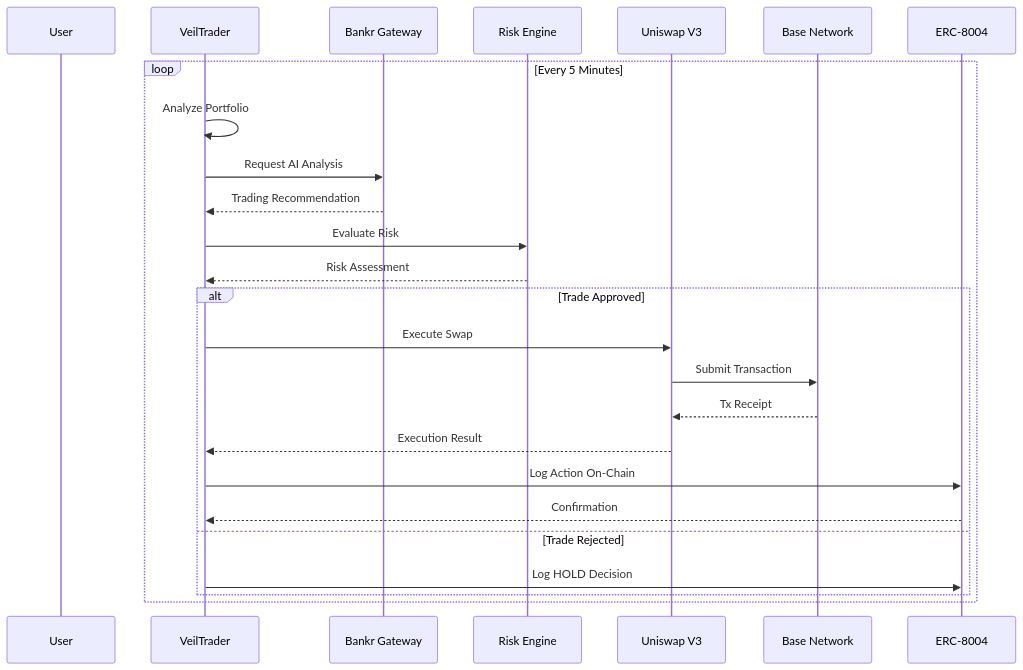
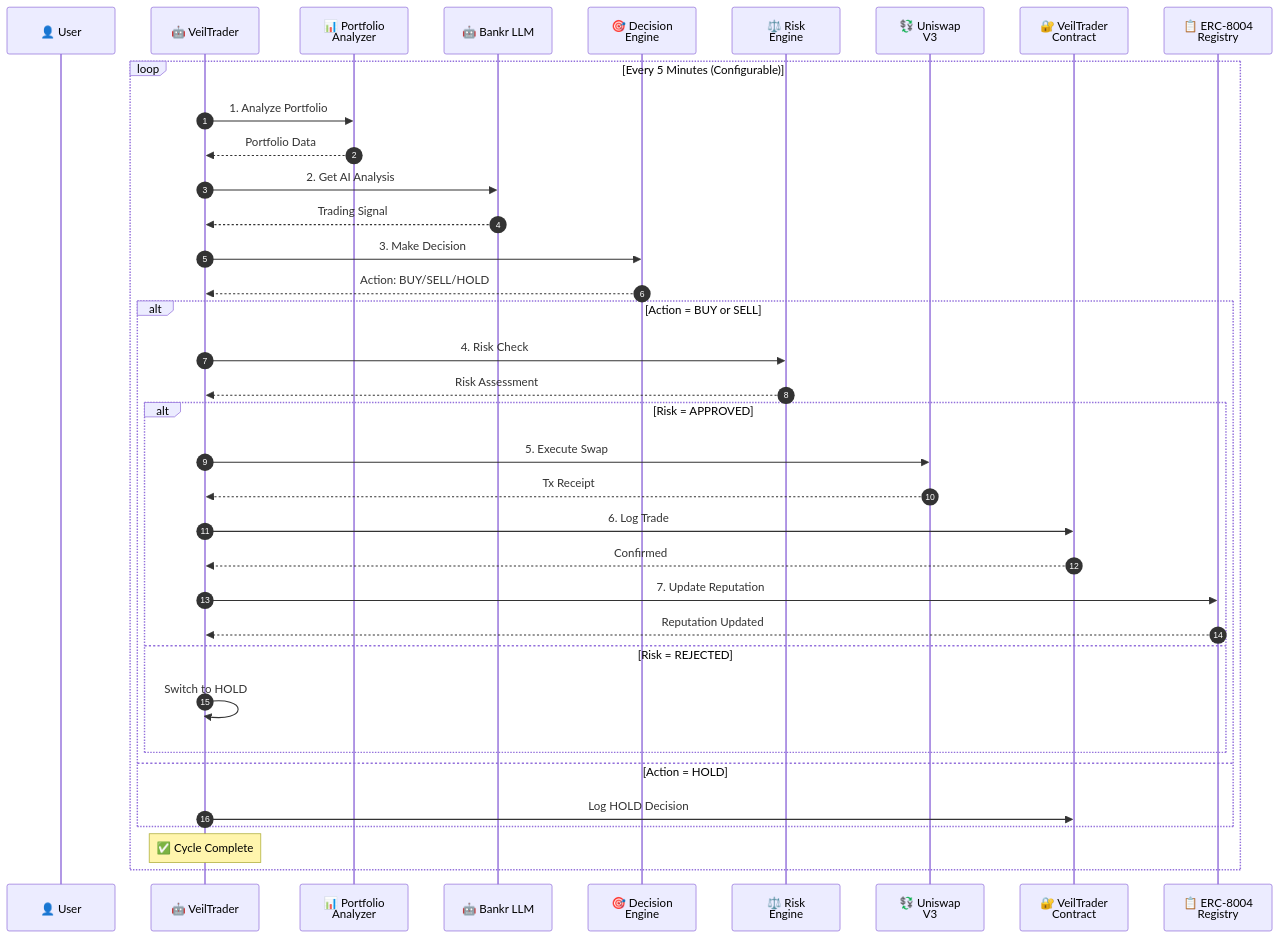
One commit to Moses-main/VeilTrader changed the sixth of 8 diagrams in README.md. Above: the diagram before and after it, drawn with Mermaid. The commit also changed other lines of this file, not shown here.

First line of the commit message:
docs: add comprehensive mermaid architecture diagrams

````diff
--- a/README.md
+++ b/README.md
@@ -123,29 +347,46 @@
 ```mermaid
 sequenceDiagram
-    participant User as User
-    participant Agent as VeilTrader
-    participant Bankr as Bankr Gateway
-    participant Risk as Risk Engine
-    participant Uniswap as Uniswap V3
-    participant Chain as Base Network
-    participant Registry as ERC-8004
+    autonumber
+    participant User as 👤 User
+    participant Agent as 🤖 VeilTrader
+    participant PA as 📊 Portfolio<br/>Analyzer
+    participant BG as 🤖 Bankr LLM
+    participant DE as 🎯 Decision<br/>Engine
+    participant RE as ⚖️ Risk<br/>Engine
+    participant UE as 💱 Uniswap<br/>V3
+    participant VC as 🔐 VeilTrader<br/>Contract
+    participant ERC8 as 📋 ERC-8004<br/>Registry
 
-    loop Every 5 Minutes
-        Agent->>Agent: Analyze Portfolio
-        Agent->>Bankr: Request AI Analysis
-        Bankr-->>Agent: Trading Recommendation
-        Agent->>Risk: Evaluate Risk
-        Risk-->>Agent: Risk Assessment
+    loop Every 5 Minutes (Configurable)
+        Agent->>PA: 1. Analyze Portfolio
+        PA-->>Agent: Portfolio Data
         
-        alt Trade Approved
-            Agent->>Uniswap: Execute Swap
-            Uniswap->>Chain: Submit Transaction
-            Chain-->>Uniswap: Tx Receipt
-            Uniswap-->>Agent: Execution Result
-            Agent->>Registry: Log Action On-Chain
-            Registry-->>Agent: Confirmation
-        else Trade Rejected
-            Agent->>Registry: Log HOLD Decision
+        Agent->>BG: 2. Get AI Analysis
+        BG-->>Agent: Trading Signal
+        
+        Agent->>DE: 3. Make Decision
+        DE-->>Agent: Action: BUY/SELL/HOLD
+        
+        alt Action = BUY or SELL
+            Agent->>RE: 4. Risk Check
+            RE-->>Agent: Risk Assessment
+            
+            alt Risk = APPROVED
+                Agent->>UE: 5. Execute Swap
+                UE-->>Agent: Tx Receipt
+                
+                Agent->>VC: 6. Log Trade
+                VC-->>Agent: Confirmed
+                
+                Agent->>ERC8: 7. Update Reputation
+                ERC8-->>Agent: Reputation Updated
+            else Risk = REJECTED
+                Agent->>Agent: Switch to HOLD
+            end
+        else Action = HOLD
+            Agent->>VC: Log HOLD Decision
         end
+        
+        Note over Agent: ✅ Cycle Complete
     end
 ```
````
